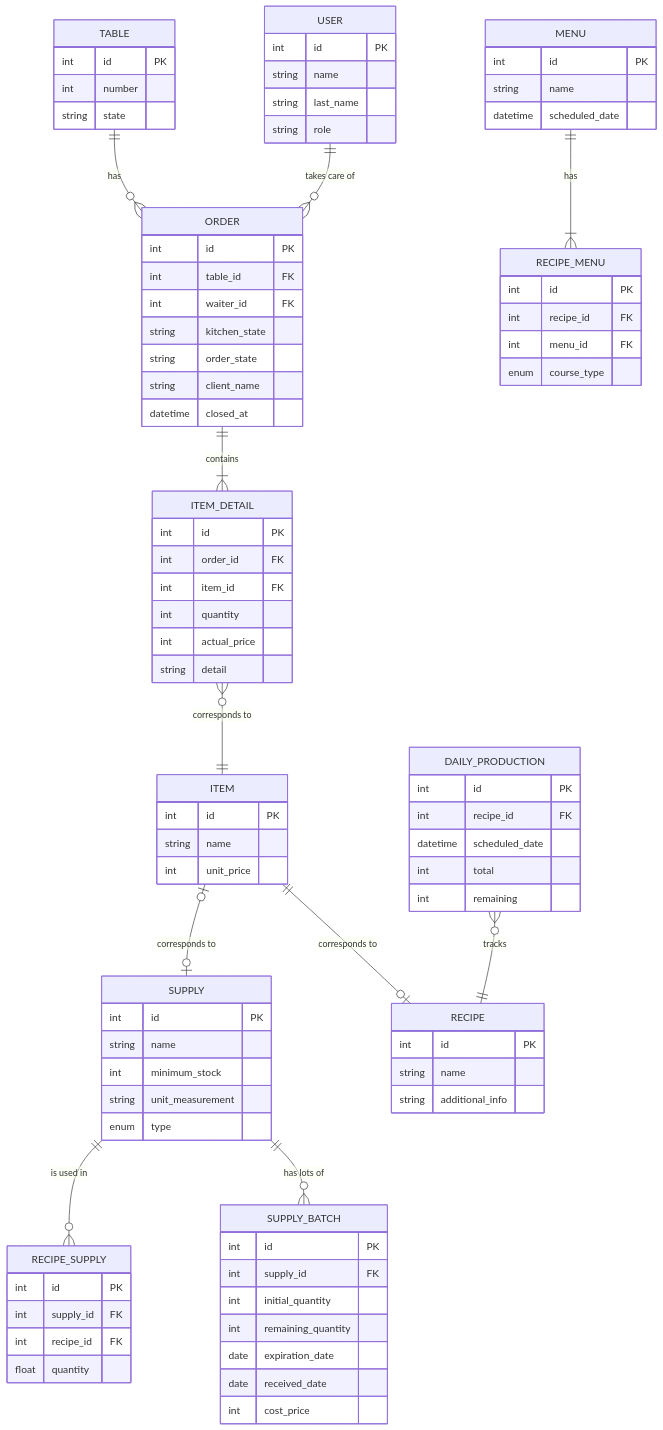
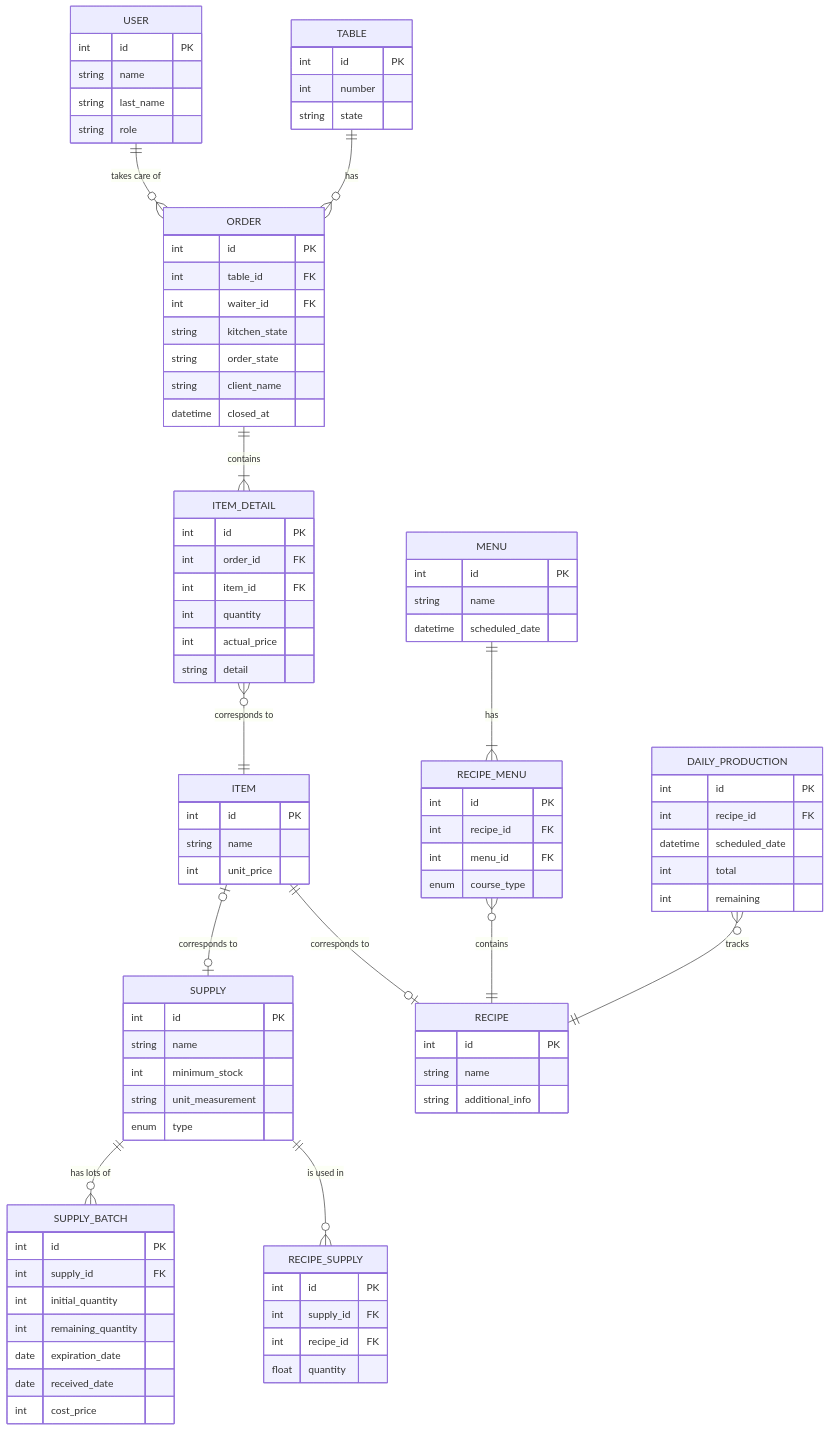
One commit to Josecris10/sistema-restaurante changed the diagram in docs/ARCHITECTURE.md. Above: the diagram before and after it, drawn with Mermaid.

Commit message:
ajuste mapa de datos

```diff
--- a/docs/ARCHITECTURE.md
+++ b/docs/ARCHITECTURE.md
@@ -31,6 +31,7 @@
 %% Esto es un comentario: Define la relación
 TABLE ||--o{ ORDER : "has"
 ORDER ||--|{ ITEM_DETAIL: "contains"
+RECIPE_MENU }o--|| RECIPE : "contains"
 SUPPLY ||--o{ RECIPE_SUPPLY : "is used in"
 ITEM_DETAIL }o--|| ITEM: "corresponds to "
 ITEM ||--o| RECIPE: "corresponds to"
```
